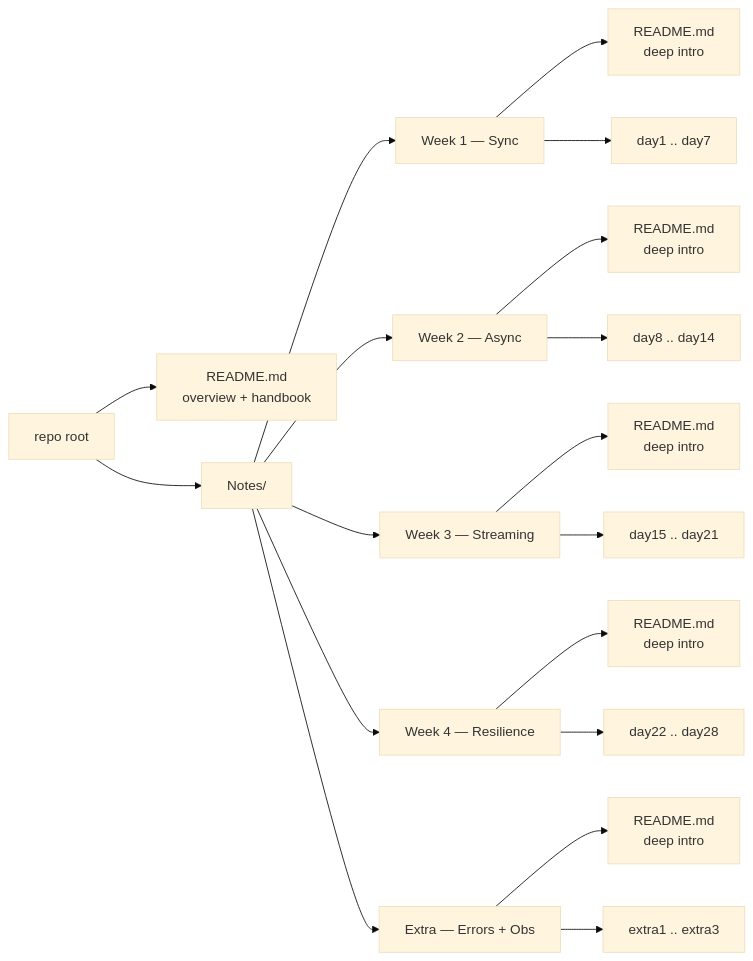
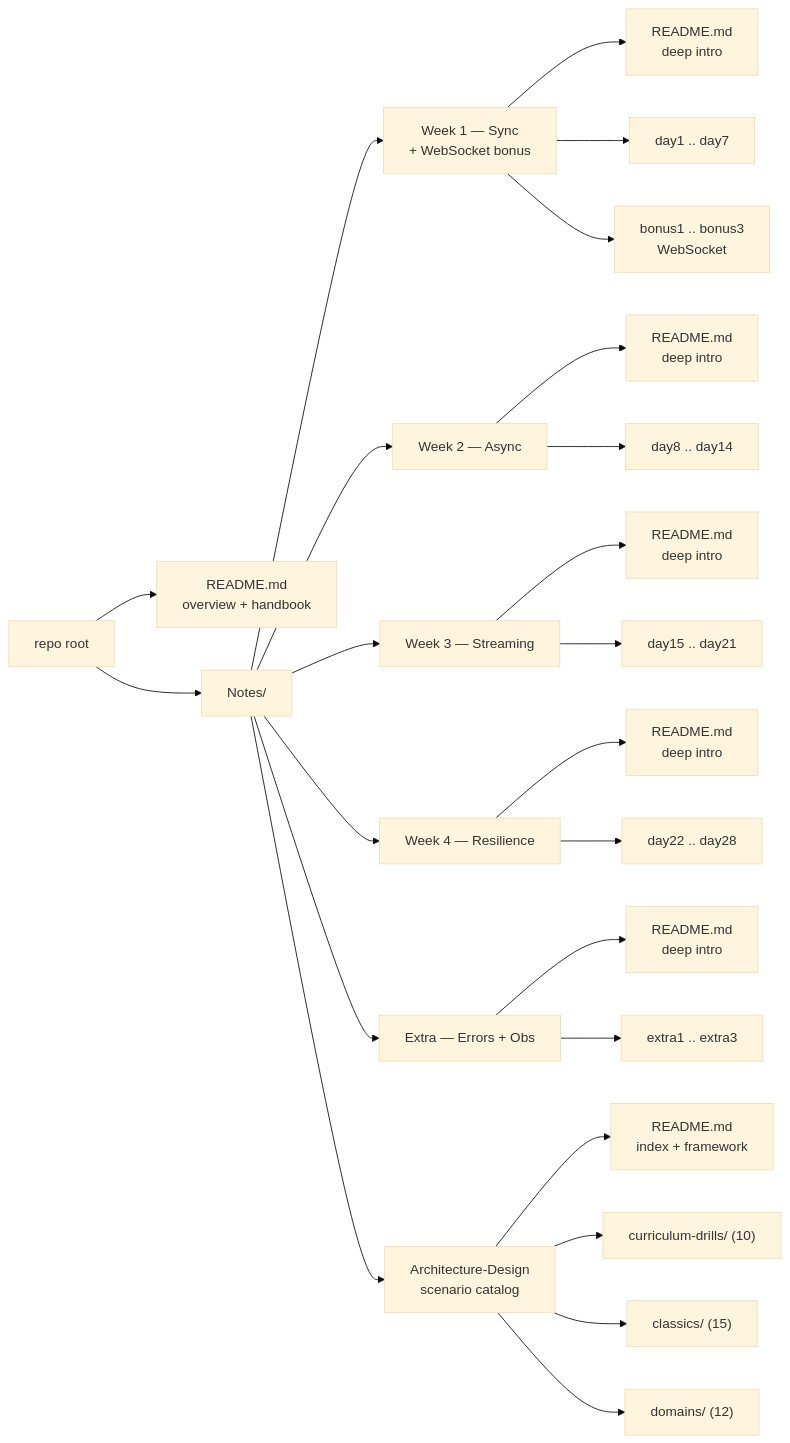
The first of 15 diagrams in README.md (TheTangentLine/Learn_microservice_communication), drawn with Mermaid (base theme) before and after one commit. The commit also changed other lines of this file and 43 other files, not shown here.

````diff
--- a/README.md
+++ b/README.md
@@ -9,20 +9,26 @@
 ```mermaid
 flowchart LR
     Root["repo root"] --> TopReadme["README.md<br/>overview + handbook"]
     Root --> NotesDir["Notes/"]
-    NotesDir --> W1["Week 1 — Sync"]
+    NotesDir --> W1["Week 1 — Sync<br/>+ WebSocket bonus"]
     NotesDir --> W2["Week 2 — Async"]
     NotesDir --> W3["Week 3 — Streaming"]
     NotesDir --> W4["Week 4 — Resilience"]
     NotesDir --> EX["Extra — Errors + Obs"]
+    NotesDir --> AD["Architecture-Design<br/>scenario catalog"]
     W1 --> W1R["README.md<br/>deep intro"]
     W1 --> W1D["day1 .. day7"]
+    W1 --> W1B["bonus1 .. bonus3<br/>WebSocket"]
     W2 --> W2R["README.md<br/>deep intro"]
     W2 --> W2D["day8 .. day14"]
     W3 --> W3R["README.md<br/>deep intro"]
     W3 --> W3D["day15 .. day21"]
     W4 --> W4R["README.md<br/>deep intro"]
     W4 --> W4D["day22 .. day28"]
     EX --> EXR["README.md<br/>deep intro"]
     EX --> EXD["extra1 .. extra3"]
+    AD --> ADR["README.md<br/>index + framework"]
+    AD --> ADC["curriculum-drills/ (10)"]
+    AD --> ADCL["classics/ (15)"]
+    AD --> ADD["domains/ (12)"]
 ```
````
